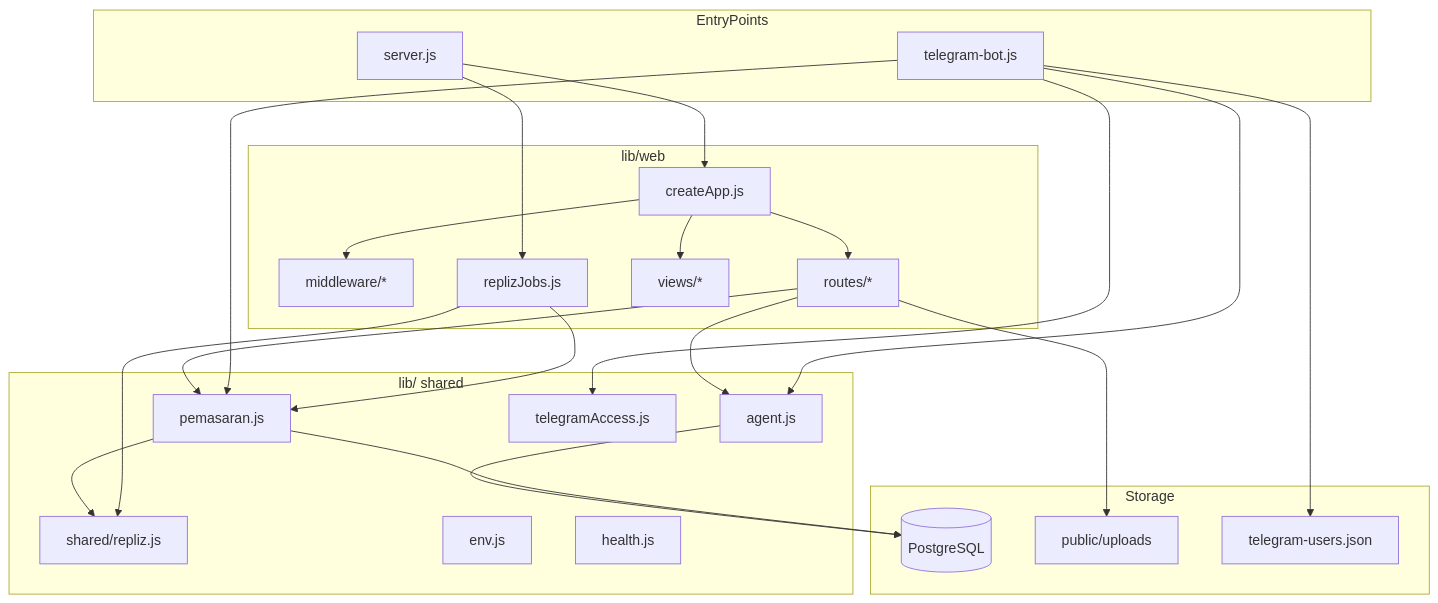
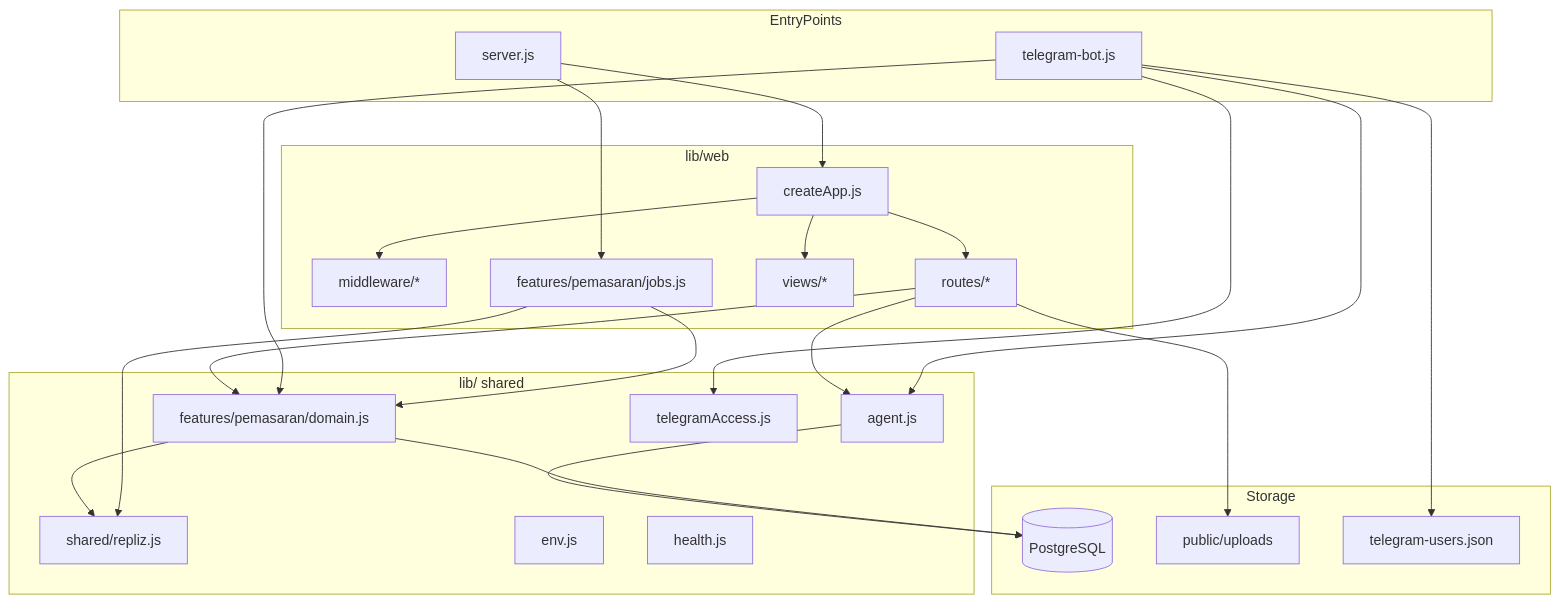
Before and after one commit to iggbudi/socai: the eighth of 12 diagrams in README.md, drawn with Mermaid. The commit also changed other lines of this file and 20 other files, not shown here.

Commit message:
refactor(pemasaran): move pemasaran feature to lib/features/ (vertical slicing F5)

````diff
--- a/README.md
+++ b/README.md
@@ -399,41 +398,41 @@
 ```mermaid
 flowchart TB
     subgraph EntryPoints
         SRV[server.js]
         TGB[telegram-bot.js]
     end
 
     subgraph WebModule["lib/web"]
         APP[createApp.js]
         MW[middleware/*]
         RT[routes/*]
         VW[views/*]
-        RJ[replizJobs.js]
+        RJ[features/pemasaran/jobs.js]
     end
 
     subgraph SharedLib["lib/ shared"]
         AGT[agent.js]
-        PEM[pemasaran.js]
+        PEM[features/pemasaran/domain.js]
         REP[shared/repliz.js]
         TAC[telegramAccess.js]
         ENV[env.js]
         HL[health.js]
     end
 
     subgraph Storage
         PG[(PostgreSQL)]
         FS[public/uploads]
         TUF[telegram-users.json]
     end
 
     SRV --> APP
     APP --> MW & RT & VW
     SRV --> RJ
     RT --> PEM & AGT
     TGB --> AGT & PEM & TAC
     AGT --> PG
     PEM --> REP & PG
     RJ --> PEM & REP
     TGB --> TUF
     RT --> FS
 ```
````
